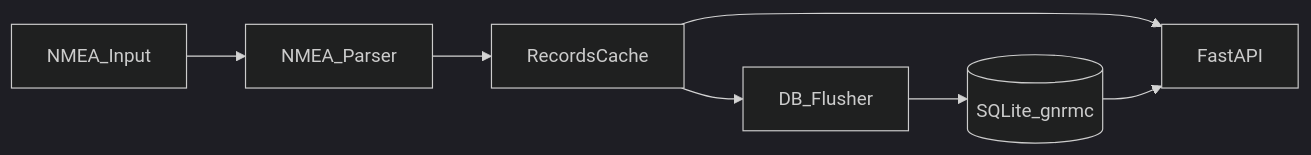
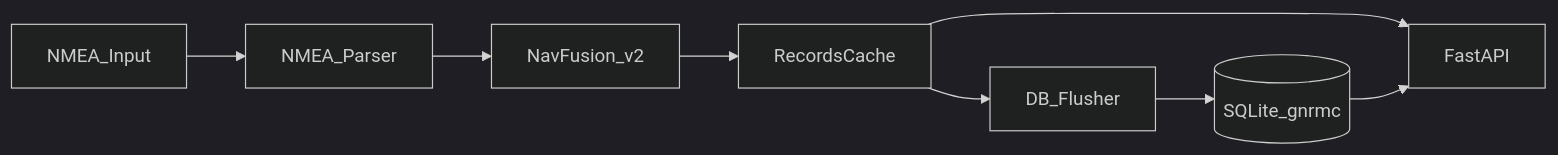
One commit to pyLerner/NMEA-API-Service changed the diagram in README.md. Above: the diagram before and after it, drawn with Mermaid (dark theme). The commit also changed other lines of this file and 28 other files, not shown here.

First line of the commit message:
Implement NavFusion v2 with enhanced features and configuration updates

````diff
--- a/README.md
+++ b/README.md
@@ -29,9 +30,10 @@
 ```mermaid
 flowchart LR
     nmeaInput[NMEA_Input] --> parser[NMEA_Parser]
-    parser --> cache[RecordsCache]
+    parser --> fusion[NavFusion_v2]
+    fusion --> cache[RecordsCache]
     cache --> api[FastAPI]
     cache --> flusher[DB_Flusher]
     flusher --> sqlite[(SQLite_gnrmc)]
     sqlite --> api
 ```
````
